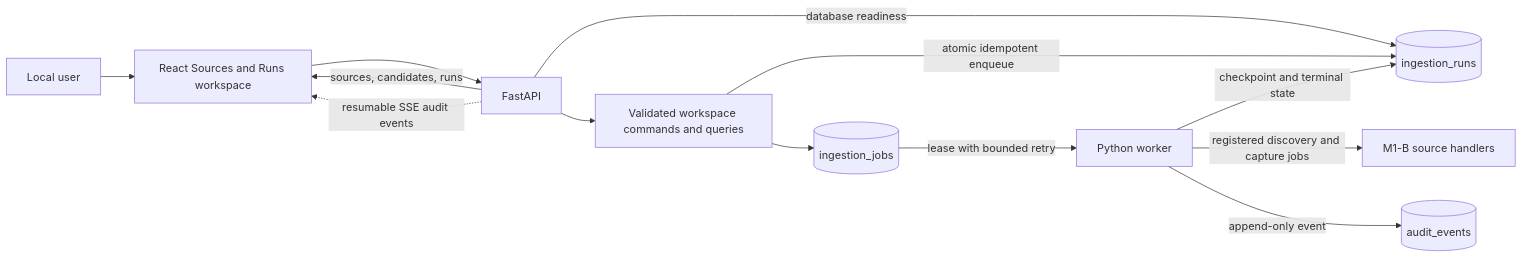
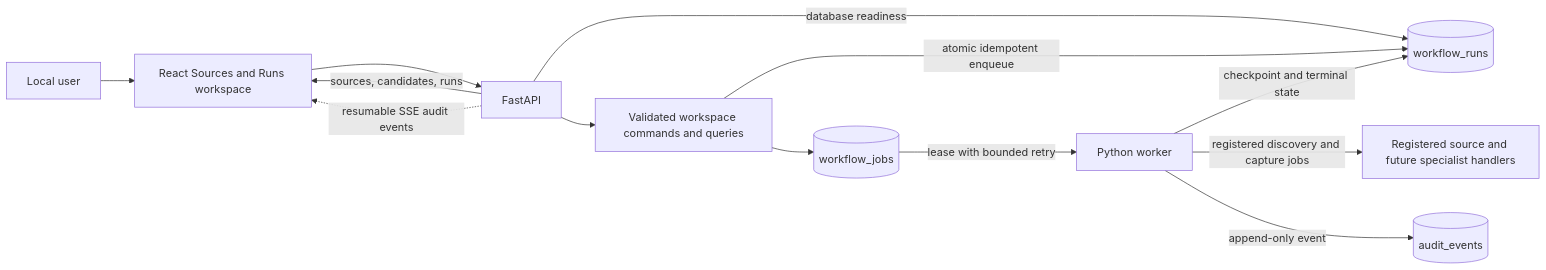
One commit to Wenqi77Zhang/GameCrafter-Agent changed the second of 13 diagrams in docs/architecture/system-architecture.md. Above: the diagram before and after it, drawn with Mermaid. The commit also changed other lines of this file and 23 other files, not shown here.

````diff
--- a/docs/architecture/system-architecture.md
+++ b/docs/architecture/system-architecture.md
@@ -32,24 +32,24 @@
 ```mermaid
 flowchart LR
     USER["Local user"]
     WEB["React Sources and Runs workspace"]
     API["FastAPI"]
     COMMAND["Validated workspace commands and queries"]
-    RUNS[("ingestion_runs")]
-    JOBS[("ingestion_jobs")]
+    RUNS[("workflow_runs")]
+    JOBS[("workflow_jobs")]
     AUDIT[("audit_events")]
     WORKER["Python worker"]
-    HANDLER["M1-B source handlers"]
+    HANDLER["Registered source and future specialist handlers"]
 
     USER --> WEB --> API
     API -->|"sources, candidates, runs"| WEB
     API -. "resumable SSE audit events" .-> WEB
     API -->|"database readiness"| RUNS
     API --> COMMAND
     COMMAND -->|"atomic idempotent enqueue"| RUNS
     COMMAND --> JOBS
     JOBS -->|"lease with bounded retry"| WORKER
     WORKER -->|"registered discovery and capture jobs"| HANDLER
     WORKER -->|"checkpoint and terminal state"| RUNS
     WORKER -->|"append-only event"| AUDIT
 ```
````
